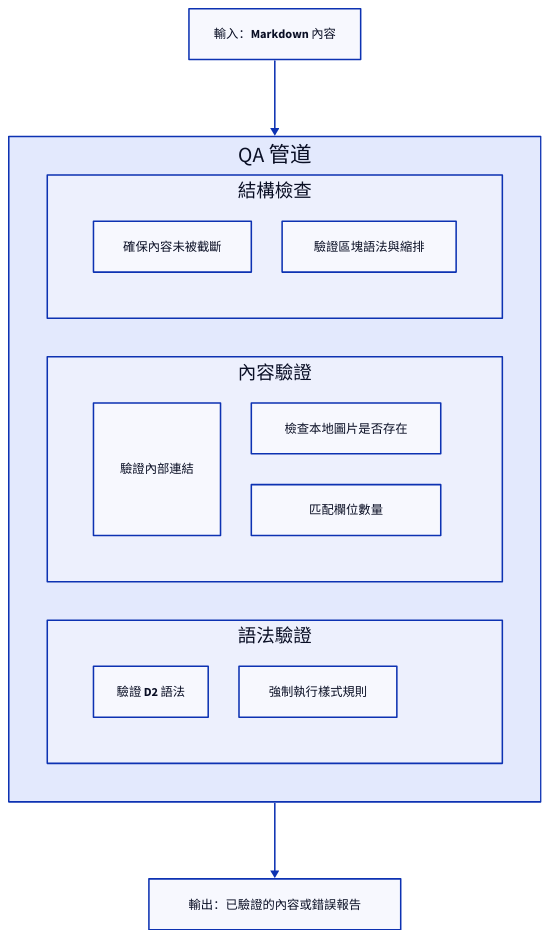
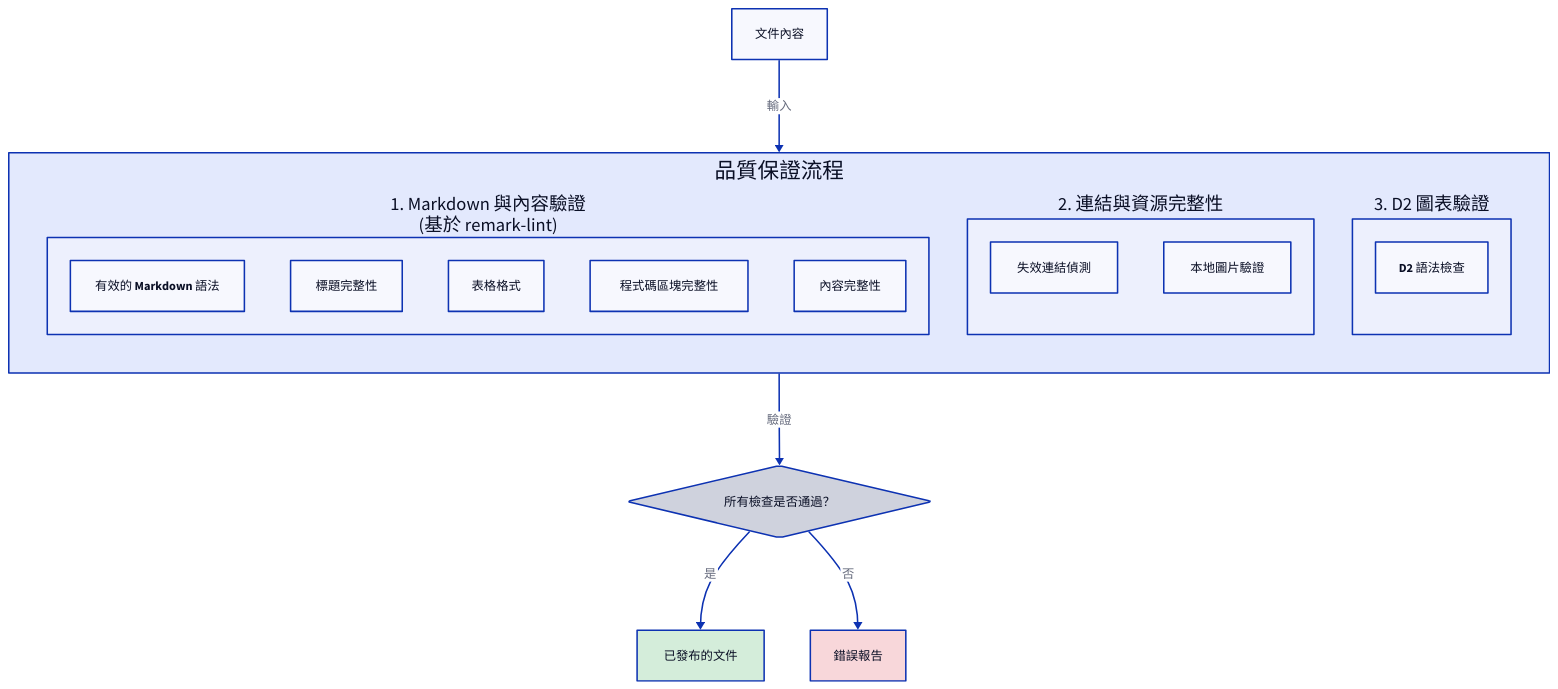
Before and after one commit to AIGNE-io/aigne-doc-smith: the diagram in docs/advanced-quality-assurance.zh-TW.md, drawn with D2. The commit also changed other lines of this file and 84 other files, not shown here.

````diff
--- a/docs/advanced-quality-assurance.zh-TW.md
+++ b/docs/advanced-quality-assurance.zh-TW.md
@@ -7,48 +5,63 @@
-```d2
+```d2 品質保證流程 icon=lucide:shield-check
 direction: down
 
-Input-Markdown-Content: {
-  label: "輸入：Markdown 內容"
+Documentation-Content: {
+  label: "文件內容"
   shape: rectangle
 }
 
-QA-Pipeline: {
-  label: "QA 管道"
+Quality-Assurance-Pipeline: {
+  label: "品質保證流程"
   shape: rectangle
-  grid-columns: 1
+  grid-columns: 3
   grid-gap: 50
 
-  Structural-Checks: {
-    label: "結構檢查"
+  Markdown-Validation: {
+    label: "1. Markdown 與內容驗證\n(基於 remark-lint)"
     shape: rectangle
-    grid-columns: 2
-    Completeness: "確保內容未被截斷"
-    Code-Blocks: "驗證區塊語法與縮排"
+
+    Check-1: "有效的 Markdown 語法"
+    Check-2: "標題完整性"
+    Check-3: "表格格式"
+    Check-4: "程式碼區塊完整性"
+    Check-5: "內容完整性"
   }
 
-  Content-Validation: {
-    label: "內容驗證"
+  Link-Asset-Validation: {
+    label: "2. 連結與資源完整性"
     shape: rectangle
-    grid-columns: 2
-    Link-Integrity: "驗證內部連結"
-    Image-Paths: "檢查本地圖片是否存在"
-    Table-Formatting: "匹配欄位數量"
+
+    Check-6: "失效連結偵測"
+    Check-7: "本地圖片驗證"
   }
 
-  Syntax-Validation: {
-    label: "語法驗證"
+  D2-Diagram-Validation: {
+    label: "3. D2 圖表驗證"
     shape: rectangle
-    grid-columns: 2
-    D2-Diagrams: "驗證 D2 語法"
-    Markdown-Linting: "強制執行樣式規則"
+
+    Check-8: "D2 語法檢查"
   }
 }
 
-Output-Validated-Content-or-Error-Report: {
-  label: "輸出：已驗證的內容或錯誤報告"
-  shape: rectangle
+Validation-Result: {
+  label: "所有檢查是否通過？"
+  shape: diamond
 }
 
-Input-Markdown-Content -> QA-Pipeline
-QA-Pipeline -> Output-Validated-Content-or-Error-Report
+Published-Documentation: {
+  label: "已發布的文件"
+  shape: rectangle
+  style.fill: "#d4edda"
+}
+
+Error-Report: {
+  label: "錯誤報告"
+  shape: rectangle
+  style.fill: "#f8d7da"
+}
+
+Documentation-Content -> Quality-Assurance-Pipeline: "輸入"
+Quality-Assurance-Pipeline -> Validation-Result: "驗證"
+Validation-Result -> Published-Documentation: "是"
+Validation-Result -> Error-Report: "否"
 ```
````
